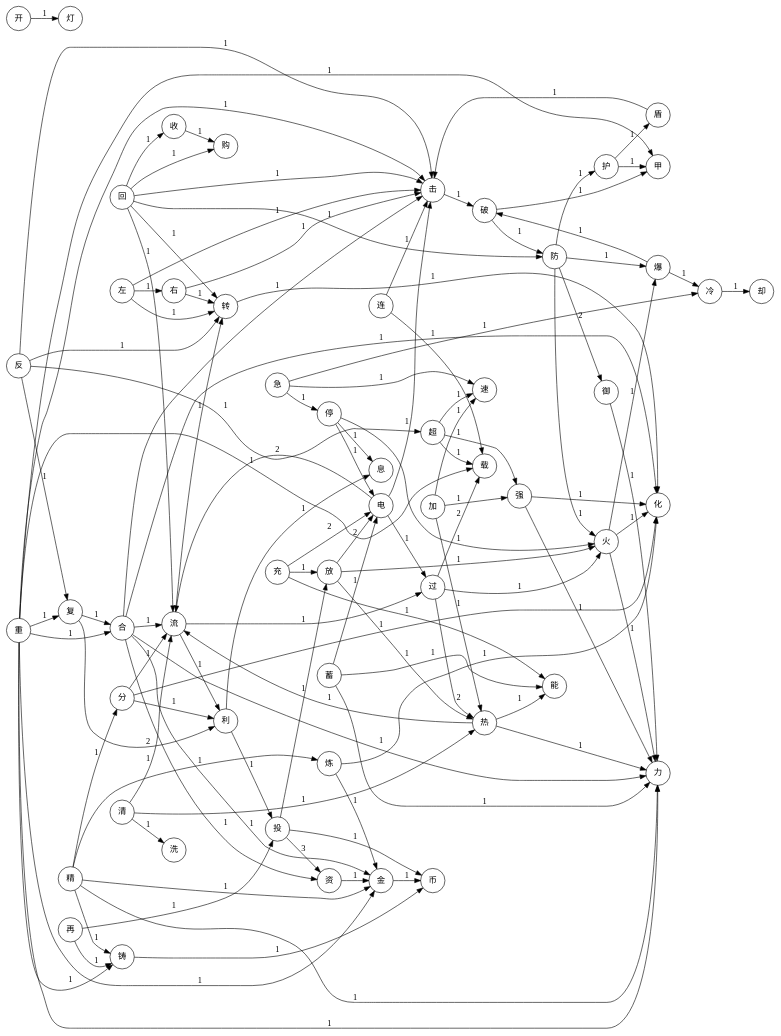
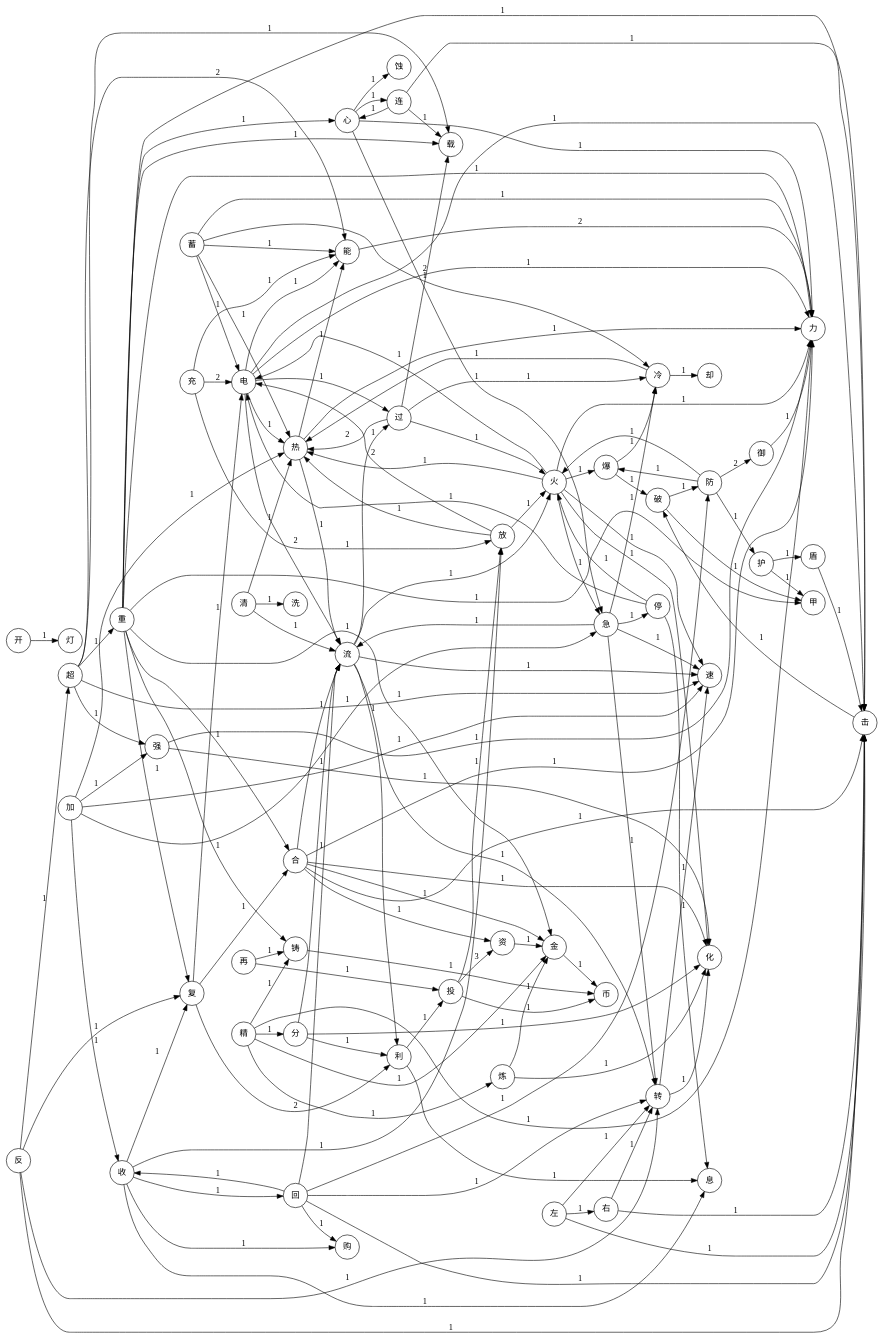
The diagram in docs/glyph_graph.dot (Doffin-azure/huoziluandou-contributions), drawn with Graphviz before and after one commit. The commit also changed 34 other files, not shown here.

```diff
--- a/docs/glyph_graph.dot
+++ b/docs/glyph_graph.dot
@@ -1,67 +1,101 @@
 digraph glyph_network {
   rankdir=LR; node [shape=circle, fontname="Noto Serif SC"];
+  "超";
+  "能";
+  "力";
+  "重";
+  "电";
+  "热";
+  "复";
+  "过";
+  "冷";
   "合";
   "化";
   "火";
+  "急";
+  "速";
+  "加";
+  "收";
+  "流";
   "精";
   "分";
   "铸";
   "金";
+  "转";
   "开";
   "灯";
+  "放";
+  "回";
+  "息";
+  "心";
+  "连";
+  "蚀";
+  "蓄";
   "右";
   "击";
-  "转";
   "左";
   "防";
   "御";
   "护";
   "甲";
   "盾";
-  "重";
   "反";
-  "回";
   "破";
   "爆";
-  "力";
-  "连";
-  "电";
   "强";
-  "加";
-  "超";
-  "复";
   "载";
-  "流";
-  "收";
   "购";
   "清";
   "洗";
-  "蓄";
-  "能";
   "充";
-  "放";
-  "热";
-  "过";
-  "速";
-  "急";
-  "冷";
   "却";
   "停";
-  "息";
   "币";
   "资";
   "投";
   "利";
   "炼";
   "再";
+  "超" -> "能" [label="2"];
+  "能" -> "力" [label="2"];
+  "超" -> "重" [label="1"];
+  "电" -> "力" [label="1"];
+  "电" -> "能" [label="1"];
+  "电" -> "热" [label="1"];
+  "复" -> "电" [label="1"];
+  "过" -> "冷" [label="1"];
   "合" -> "化" [label="1"];
+  "火" -> "电" [label="1"];
   "火" -> "化" [label="1"];
+  "火" -> "急" [label="1"];
+  "火" -> "热" [label="1"];
+  "火" -> "速" [label="1"];
+  "加" -> "急" [label="1"];
+  "加" -> "收" [label="1"];
+  "急" -> "流" [label="1"];
   "精" -> "分" [label="1"];
   "精" -> "铸" [label="1"];
   "精" -> "金" [label="1"];
+  "急" -> "转" [label="1"];
   "开" -> "灯" [label="1"];
+  "冷" -> "热" [label="1"];
+  "流" -> "火" [label="1"];
+  "流" -> "速" [label="1"];
+  "收" -> "放" [label="1"];
+  "收" -> "复" [label="1"];
+  "收" -> "回" [label="1"];
+  "收" -> "息" [label="1"];
+  "心" -> "急" [label="1"];
+  "心" -> "力" [label="1"];
+  "心" -> "连" [label="1"];
+  "连" -> "心" [label="1"];
+  "心" -> "蚀" [label="1"];
+  "蓄" -> "冷" [label="1"];
+  "蓄" -> "热" [label="1"];
   "右" -> "击" [label="1"];
   "右" -> "转" [label="1"];
+  "重" -> "心" [label="1"];
+  "转" -> "速" [label="1"];
   "左" -> "击" [label="1"];
   "左" -> "右" [label="1"];
   "左" -> "转" [label="1"];
```
